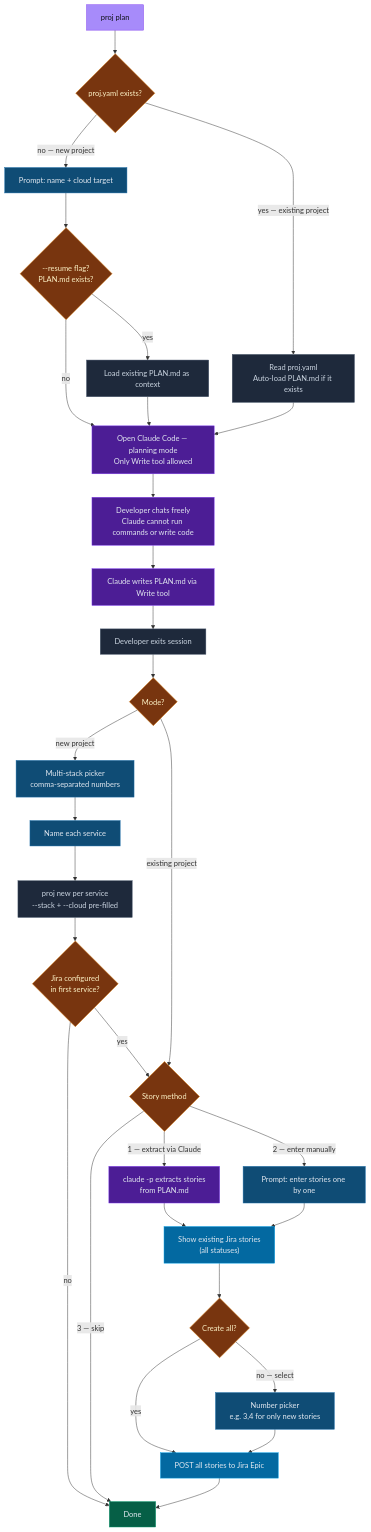
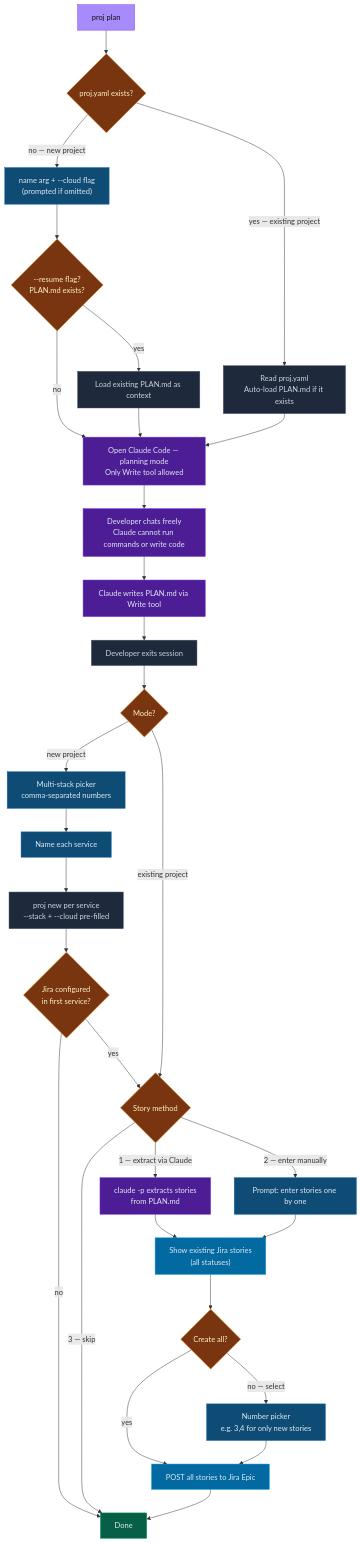
One commit to erosrage/Athena changed the third of 7 diagrams in README.md. Above: the diagram before and after it, drawn with Mermaid. The commit also changed other lines of this file and 1 other file, not shown here.

First line of the commit message:
docs: sync Mermaid diagrams with full Jira engagement + new flags

````diff
--- a/README.md
+++ b/README.md
@@ -77,40 +78,40 @@
 ```mermaid
 flowchart TD
     A["proj plan"]:::entry
     A --> M{"proj.yaml exists?"}:::decision
-    M -->|"no — new project"| NP1["Prompt: name + cloud target"]:::prompt
+    M -->|"no — new project"| NP1["name arg + --cloud flag\n(prompted if omitted)"]:::prompt
     M -->|"yes — existing project"| EP1["Read proj.yaml\nAuto-load PLAN.md if it exists"]:::action
     NP1 --> NR{"--resume flag?\nPLAN.md exists?"}:::decision
     NR -->|"yes"| RL["Load existing PLAN.md as context"]:::action
     NR -->|"no"| CC
     RL --> CC
     EP1 --> CC["Open Claude Code — planning mode\nOnly Write tool allowed"]:::llm
     CC --> CH["Developer chats freely\nClaude cannot run commands or write code"]:::llm
     CH --> WP["Claude writes PLAN.md via Write tool"]:::llm
     WP --> EX["Developer exits session"]:::action
     EX --> MX{"Mode?"}:::decision
     MX -->|"new project"| MS["Multi-stack picker\ncomma-separated numbers"]:::prompt
     MS --> SN["Name each service"]:::prompt
     SN --> SC["proj new per service\n--stack + --cloud pre-filled"]:::action
     SC --> JS{"Jira configured\nin first service?"}:::decision
     JS -->|"yes"| SM
     JS -->|"no"| Z["Done"]:::done
     MX -->|"existing project"| SM{"Story method"}:::decision
     SM -->|"1 — extract via Claude"| H["claude -p extracts stories\nfrom PLAN.md"]:::llm
     SM -->|"2 — enter manually"| MN["Prompt: enter stories one by one"]:::prompt
     SM -->|"3 — skip"| Z
     H --> EX2["Show existing Jira stories\n(all statuses)"]:::jira
     MN --> EX2
     EX2 --> CR{"Create all?"}:::decision
     CR -->|"yes"| K["POST all stories to Jira Epic"]:::jira
     CR -->|"no — select"| SEL["Number picker\ne.g. 3,4 for only new stories"]:::prompt
     SEL --> K
     K --> Z
     classDef entry fill:#a78bfa,stroke:#7c3aed,color:#0f1117
     classDef prompt fill:#0f4c75,stroke:#1b6ca8,color:#e2e8f0
     classDef action fill:#1e293b,stroke:#475569,color:#cbd5e1
     classDef decision fill:#78350f,stroke:#d97706,color:#fef3c7
     classDef llm fill:#4c1d95,stroke:#7c3aed,color:#e2e8f0
     classDef jira fill:#0369a1,stroke:#0ea5e9,color:#e2e8f0
     classDef done fill:#065f46,stroke:#059669,color:#e2e8f0
 ```
````
